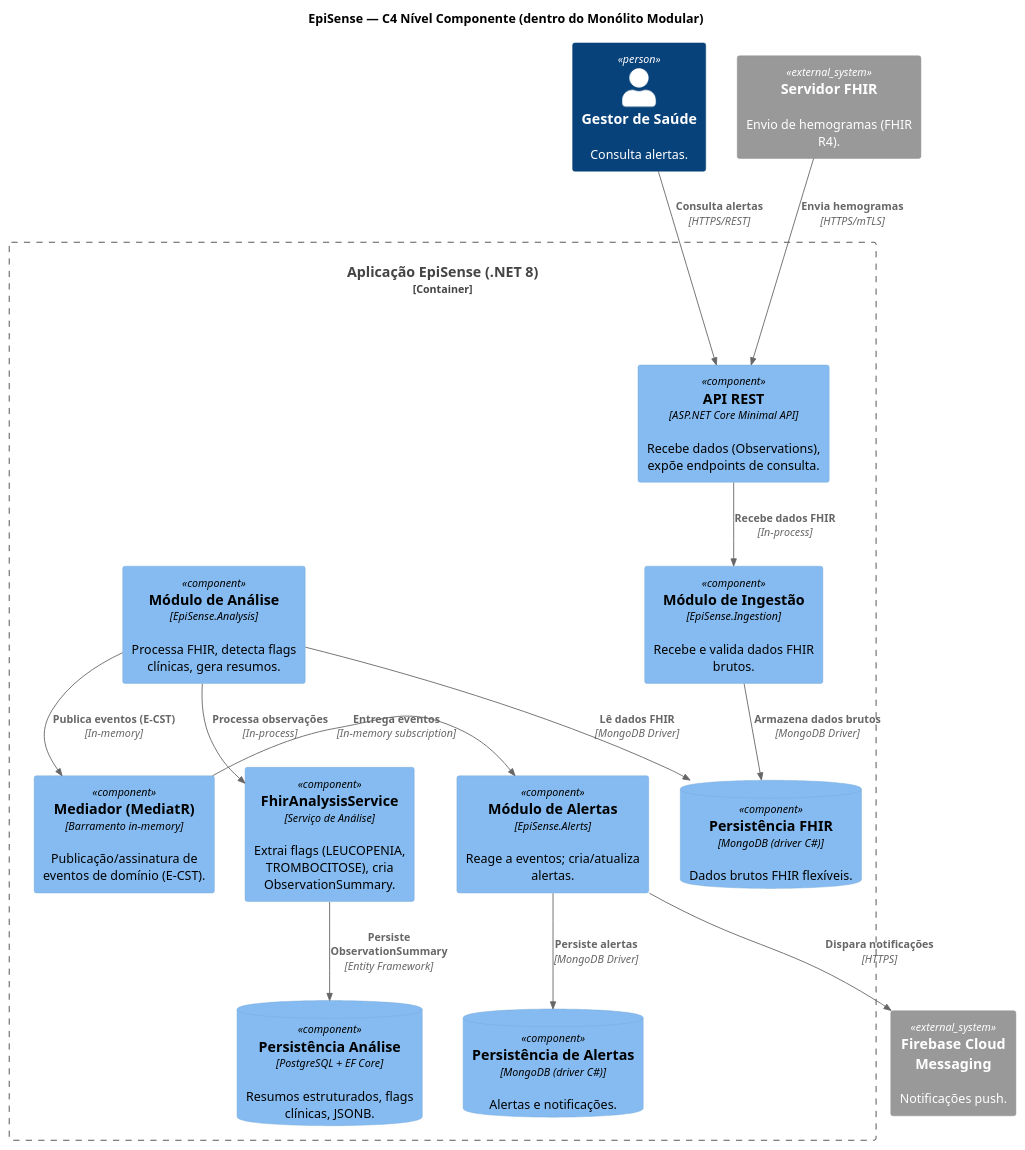
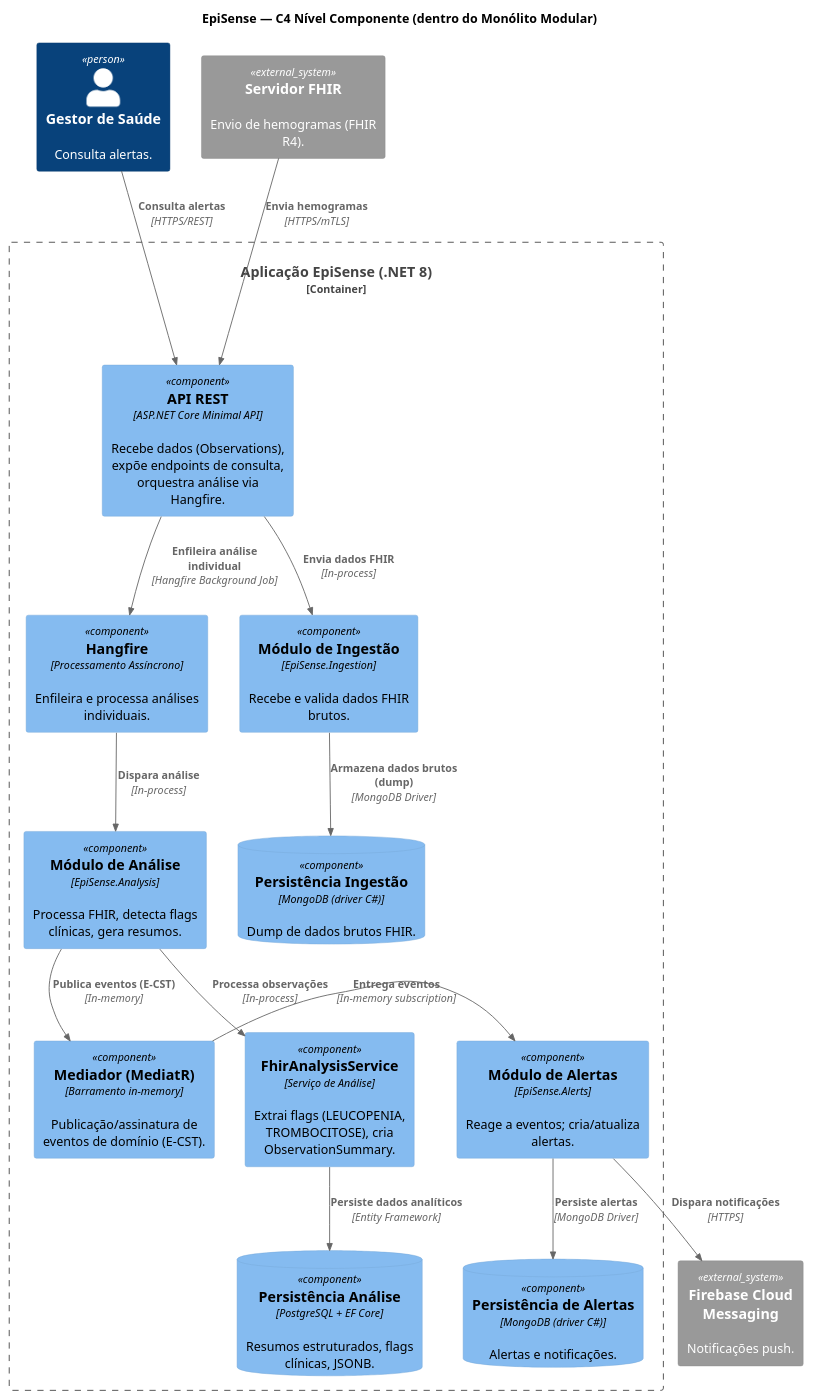
The diagram in doc/diagrams/components.puml (Omega050/EpiSense), drawn with PlantUML before and after one commit. The commit also changed 2 other files, not shown here.

Commit message:
docs: corrige arquitetura dos bancos de dados nos diagramas
- MongoDB para dump de dados brutos (ingestion)
- PostgreSQL para dados analíticos estruturados (analysis)
- MongoDB para alertas (mantido)
- Adiciona Hangfire no fluxo de orquestração
- Remove acesso direto do Analysis ao MongoDB

```diff
--- a/doc/diagrams/components.puml
+++ b/doc/diagrams/components.puml
@@ -1,54 +1,58 @@
 @startuml episense-c4-components
 !include https://raw.githack.com/plantuml-stdlib/C4-PlantUML/master/C4_Component.puml
 
 title "EpiSense — C4 Nível Componente (dentro do Monólito Modular)"
 
 ' Atores/Sistemas externos (interagem com componentes específicos)
 Person(manager, "Gestor de Saúde", "Consulta alertas.")
 System_Ext(fhir_server, "Servidor FHIR", "Envio de hemogramas (FHIR R4).")
 System_Ext(fcm, "Firebase Cloud Messaging", "Notificações push.")
 
 ' Limite do contêiner (aplicação monolítica)
 Container_Boundary(app, "Aplicação EpiSense (.NET 8)") {
-  Component(api, "API REST", "ASP.NET Core Minimal API", "Recebe dados (Observations), expõe endpoints de consulta.")
+  Component(api, "API REST", "ASP.NET Core Minimal API", "Recebe dados (Observations), expõe endpoints de consulta, orquestra análise via Hangfire.")
+  Component(hangfire, "Hangfire", "Processamento Assíncrono", "Enfileira e processa análises individuais.")
   Component(mediator, "Mediador (MediatR)", "Barramento in-memory", "Publicação/assinatura de eventos de domínio (E-CST).")
   
   ' Módulo de Ingestão
   Component(ingestion_mod, "Módulo de Ingestão", "EpiSense.Ingestion", "Recebe e valida dados FHIR brutos.")
   
   ' Módulo de Análise
   Component(analysis_mod, "Módulo de Análise", "EpiSense.Analysis", "Processa FHIR, detecta flags clínicas, gera resumos.")
   Component(fhir_service, "FhirAnalysisService", "Serviço de Análise", "Extrai flags (LEUCOPENIA, TROMBOCITOSE), cria ObservationSummary.")
   
   Component(alerts_mod, "Módulo de Alertas", "EpiSense.Alerts", "Reage a eventos; cria/atualiza alertas.")
   
   ' Persistência Híbrida (ADR-006)
-  ComponentDb(mongo_repo, "Persistência FHIR", "MongoDB (driver C#)", "Dados brutos FHIR flexíveis.")
-  ComponentDb(postgres_repo, "Persistência Análise", "PostgreSQL + EF Core", "Resumos estruturados, flags clínicas, JSONB.")
+  ComponentDb(ingestion_repo, "Persistência Ingestão", "MongoDB (driver C#)", "Dump de dados brutos FHIR.")
+  ComponentDb(analysis_repo, "Persistência Análise", "PostgreSQL + EF Core", "Resumos estruturados, flags clínicas, JSONB.")
   ComponentDb(alerts_repo, "Persistência de Alertas", "MongoDB (driver C#)", "Alertas e notificações.")
 }
 
 ' Relações externas
 Rel(fhir_server, api, "Envia hemogramas", "HTTPS/mTLS")
 Rel(manager, api, "Consulta alertas", "HTTPS/REST")
 Rel(alerts_mod, fcm, "Dispara notificações", "HTTPS")
 
 ' Relações internas - Fluxo de Dados (ADR-006: Arquitetura Híbrida)
-Rel(api, ingestion_mod, "Recebe dados FHIR", "In-process")
-Rel(ingestion_mod, mongo_repo, "Armazena dados brutos", "MongoDB Driver")
+Rel(api, ingestion_mod, "Envia dados FHIR", "In-process")
+Rel(ingestion_mod, ingestion_repo, "Armazena dados brutos (dump)", "MongoDB Driver")
 
-Rel(analysis_mod, mongo_repo, "Lê dados FHIR", "MongoDB Driver")
+Rel(api, hangfire, "Enfileira análise individual", "Hangfire Background Job")
+Rel(hangfire, analysis_mod, "Dispara análise", "In-process")
 Rel(analysis_mod, fhir_service, "Processa observações", "In-process")
-Rel(fhir_service, postgres_repo, "Persiste ObservationSummary", "Entity Framework")
+Rel(fhir_service, analysis_repo, "Persiste dados analíticos", "Entity Framework")
 
 Rel(analysis_mod, mediator, "Publica eventos (E-CST)", "In-memory")
 Rel_R(mediator, alerts_mod, "Entrega eventos", "In-memory subscription")
 Rel(alerts_mod, alerts_repo, "Persiste alertas", "MongoDB Driver")
 
 ' Notas de alinhamento com ADRs
 ' - ADR-001: .NET 8 + C# para backend
-' - ADR-002: MongoDB com driver nativo para dados FHIR brutos
-' - ADR-006: Arquitetura híbrida - MongoDB (ingestão) + PostgreSQL (análise)
+' - ADR-002: MongoDB com driver nativo para dump de dados brutos (ingestão)
+' - ADR-006: Arquitetura híbrida - MongoDB (ingestão dump) + PostgreSQL (análise) + MongoDB (alertas)
 ' - ADR-003: Mediador in-memory (MediatR), módulos desacoplados
+' - ADR-008: API orquestra análise via Hangfire (processamento assíncrono)
 ' - Implementação: FhirAnalysisService, ObservationSummary, Clinical Flags
+' - Análise não acessa MongoDB diretamente; recebe dados da API via Hangfire
 @enduml
```
